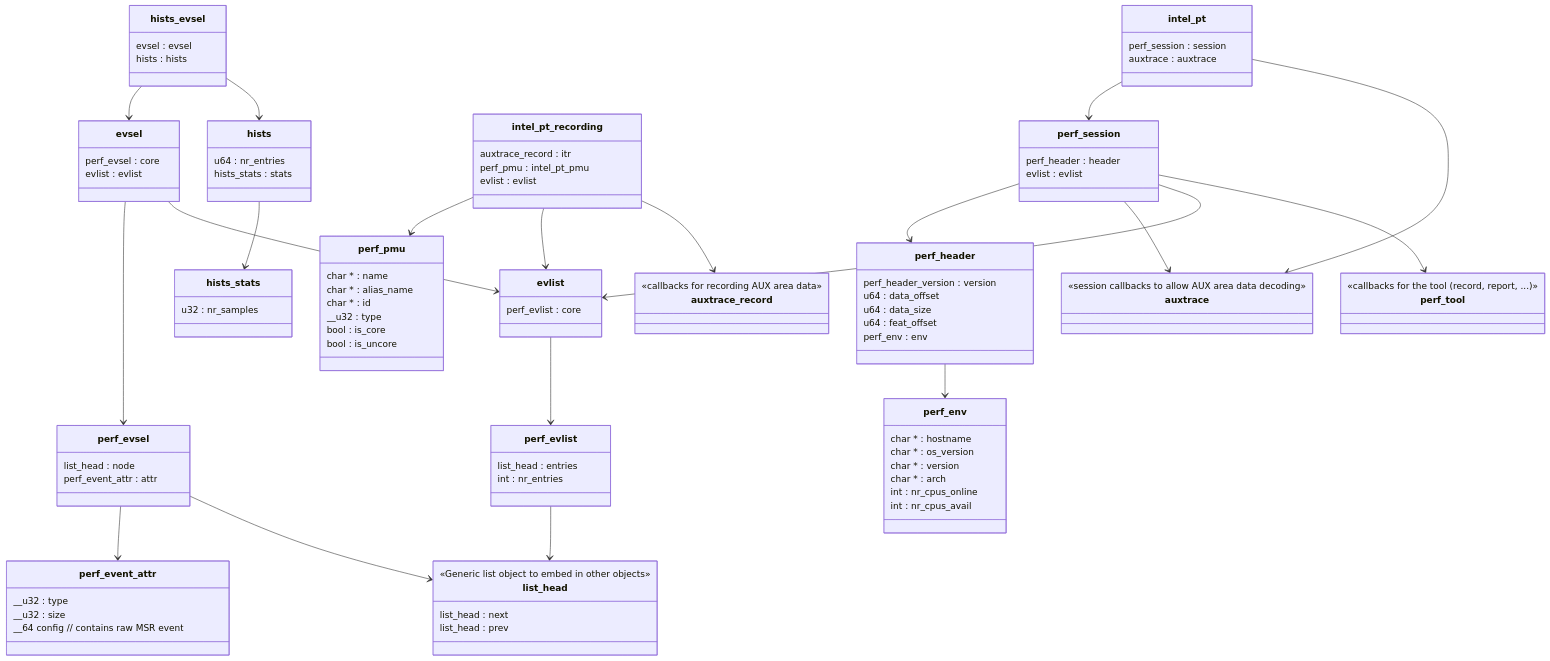
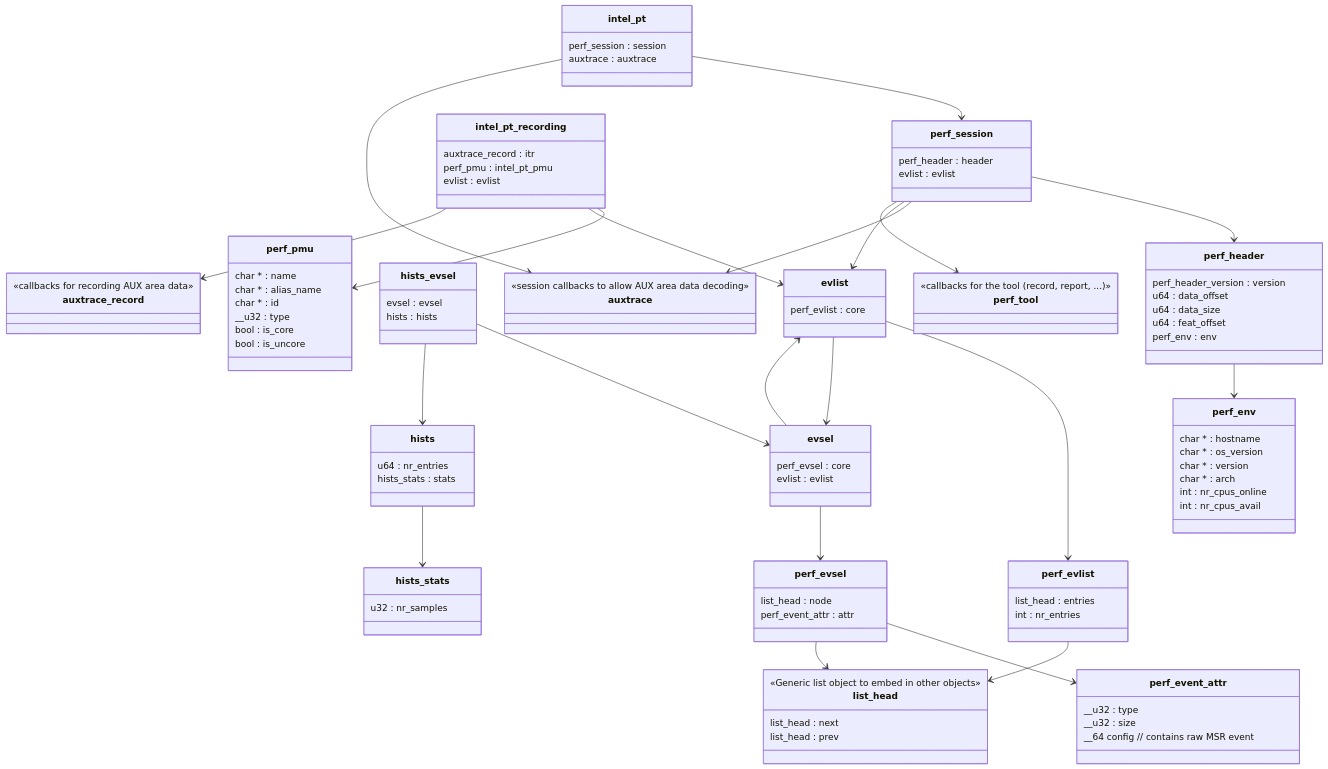
The diagram in mermaid-classes-2.md (jamesodhunt/foo), drawn with Mermaid before and after one commit.

```diff
--- a/mermaid-classes-2.md
+++ b/mermaid-classes-2.md
@@ -108,6 +108,7 @@
     evlist --> perf_evlist
     evsel --> perf_evsel
     evsel --> evlist
+    evlist --> evsel
     perf_evsel --> perf_event_attr
     perf_evsel --> list_head
     perf_evlist --> list_head
```
